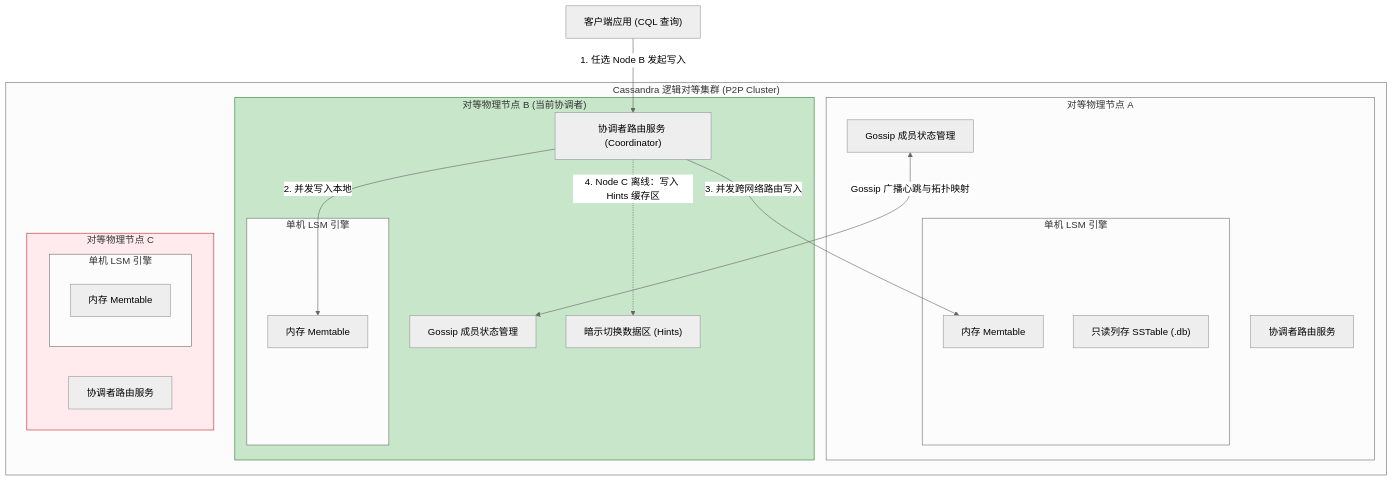
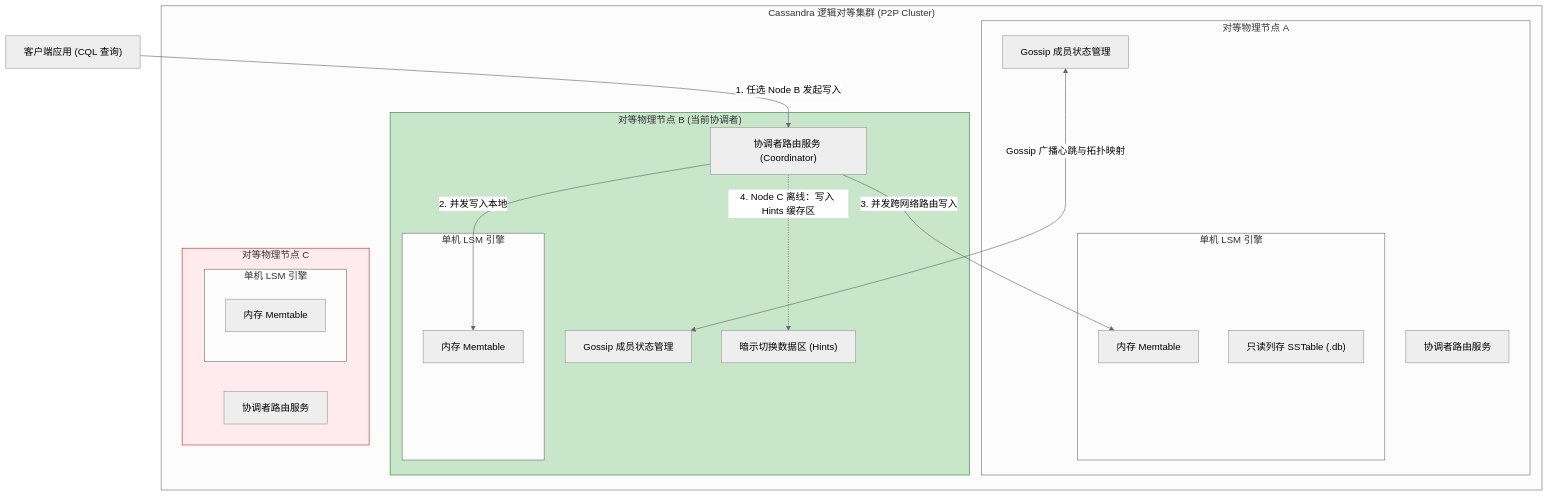
One commit to koosai/AI-Architect-Learning changed the fourth of 8 diagrams in docs/atlas/cassandra.mdx. Above: the diagram before and after it, drawn with Mermaid (neutral theme). The commit also changed other lines of this file and 68 other files, not shown here.

Commit message:
fix(atlas): fix browser client-side Mermaid rendering for mindmaps and flowcharts across 67 case studies

````diff
--- a/docs/atlas/cassandra.mdx
+++ b/docs/atlas/cassandra.mdx
@@ -121,42 +121,42 @@
 ```mermaid
 graph TB
   subgraph Cluster["Cassandra 逻辑对等集群 (P2P Cluster)"]
     subgraph Node_A["对等物理节点 A"]
       Coord_Service_A["协调者路由服务"]
       Gossip_Service_A["Gossip 成员状态管理"]
       
       subgraph Storage_Engine_A["单机 LSM 引擎"]
         Memtable_A["内存 Memtable"]
         SSTable_Files_A["只读列存 SSTable (.db)"]
       end
     end
 
     subgraph Node_B["对等物理节点 B (当前协调者)"]
       Coord_Service_B["协调者路由服务 (Coordinator)"]
       Gossip_Service_B["Gossip 成员状态管理"]
       Hinted_Handoff_B["暗示切换数据区 (Hints)"]
       
       subgraph Storage_Engine_B["单机 LSM 引擎"]
         Memtable_B["内存 Memtable"]
       end
     end
 
     subgraph Node_C["对等物理节点 C"]
       Coord_Service_C["协调者路由服务"]
       
       subgraph Storage_Engine_C["单机 LSM 引擎"]
         Memtable_C["内存 Memtable"]
       end
     end
   end
 
   ClientApp["客户端应用 (CQL 查询)"] -->|1. 任选 Node B 发起写入| Coord_Service_B
-  Gossip_Service_A <-->|Gossip 广播心跳与拓扑映射| Gossip_Service_B
+  Gossip_Service_A <--->|Gossip 广播心跳与拓扑映射| Gossip_Service_B
   
   Coord_Service_B -->|2. 并发写入本地| Memtable_B
   Coord_Service_B -->|3. 并发跨网络路由写入| Memtable_A
   Coord_Service_B -.->|4. Node C 离线：写入 Hints 缓存区| Hinted_Handoff_B
   
   style Node_B fill:#c8e6c9,stroke:#2e7d32
   style Node_C fill:#ffebee,stroke:#c62828
 ```
````
